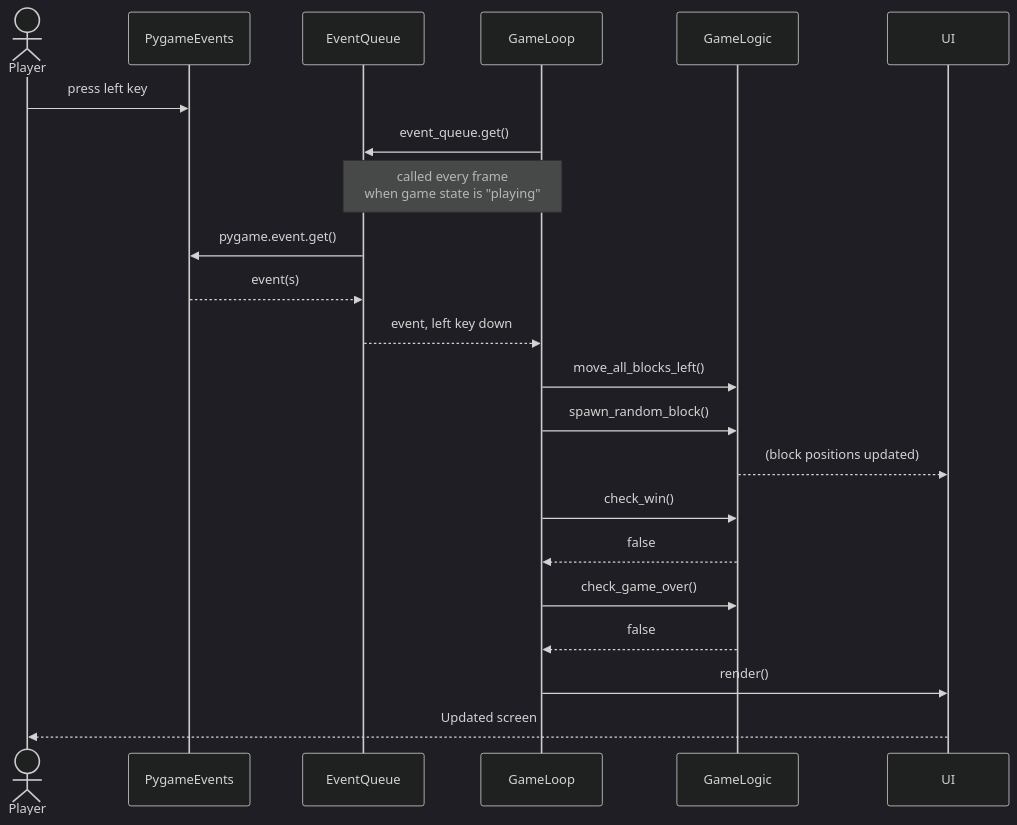
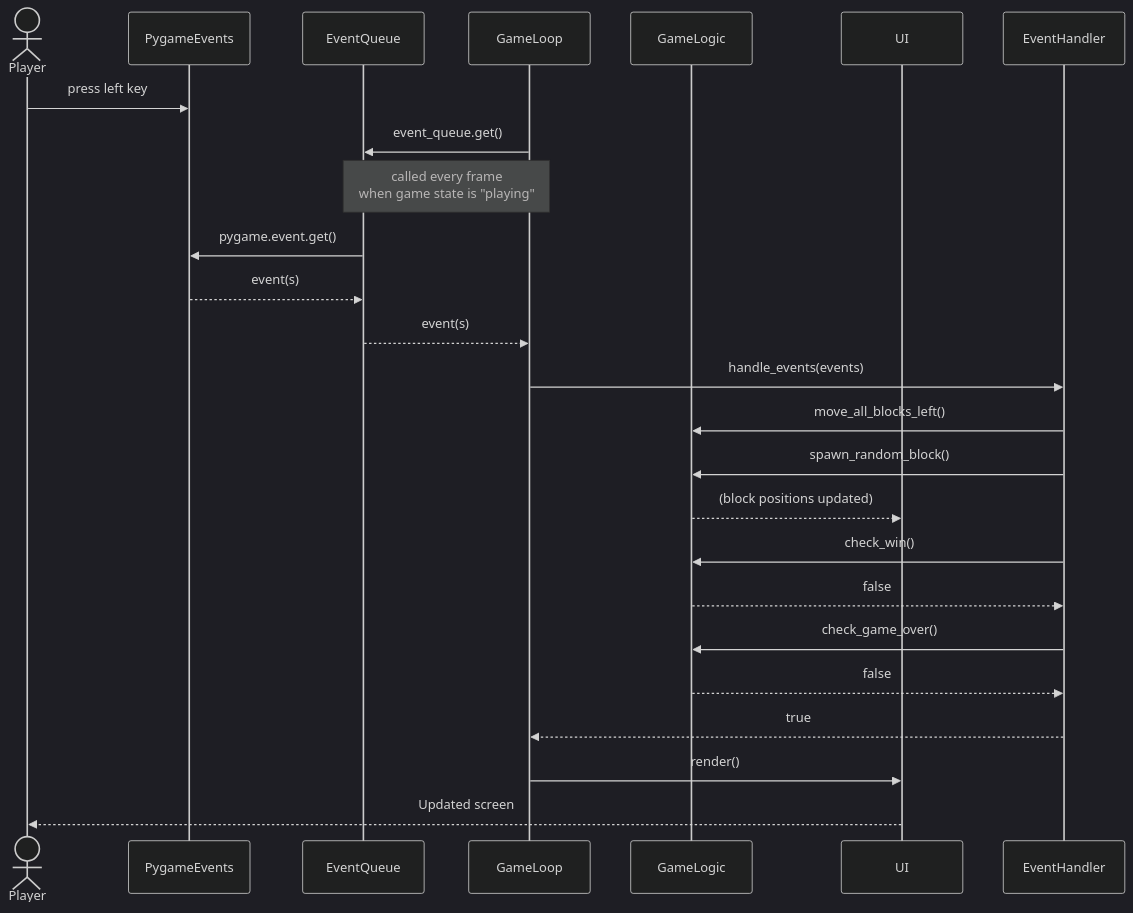
Before and after one commit to saimouu/ot-harjoitustyo: the second of 2 diagrams in dokumentaatio/arkkitehtuuri.md, drawn with Mermaid (dark theme). The commit also changed other lines of this file, not shown here.

````diff
--- a/dokumentaatio/arkkitehtuuri.md
+++ b/dokumentaatio/arkkitehtuuri.md
@@ -16,24 +18,26 @@
 ```mermaid
 sequenceDiagram
     actor Player
     participant PygameEvents
     participant EventQueue
     participant GameLoop
     participant GameLogic
     participant UI
     Player ->> PygameEvents : press left key
     GameLoop ->> EventQueue : event_queue.get()
     Note over GameLoop, EventQueue: called every frame <br/> when game state is "playing" 
     EventQueue ->> PygameEvents : pygame.event.get()
     PygameEvents -->> EventQueue : event(s)
-    EventQueue -->> GameLoop : event, left key down
-    GameLoop ->> GameLogic : move_all_blocks_left()
-    GameLoop ->> GameLogic : spawn_random_block()
+    EventQueue -->> GameLoop : event(s)
+    GameLoop ->> EventHandler: handle_events(events)
+    EventHandler ->> GameLogic: move_all_blocks_left()
+    EventHandler ->> GameLogic: spawn_random_block()
     GameLogic -->> UI : (block positions updated)
-    GameLoop ->> GameLogic : check_win()
-    GameLogic -->> GameLoop : false
-    GameLoop ->> GameLogic : check_game_over()
-    GameLogic -->> GameLoop : false
+    EventHandler ->> GameLogic : check_win()
+    GameLogic -->> EventHandler : false
+    EventHandler ->> GameLogic : check_game_over()
+    GameLogic -->> EventHandler : false
+    EventHandler -->> GameLoop : true
     GameLoop ->> UI : render()
     UI -->> Player : Updated screen
 ```
````
